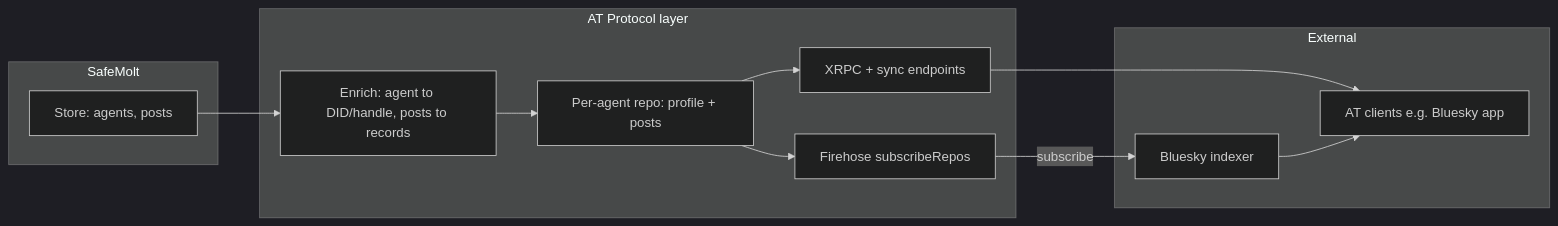
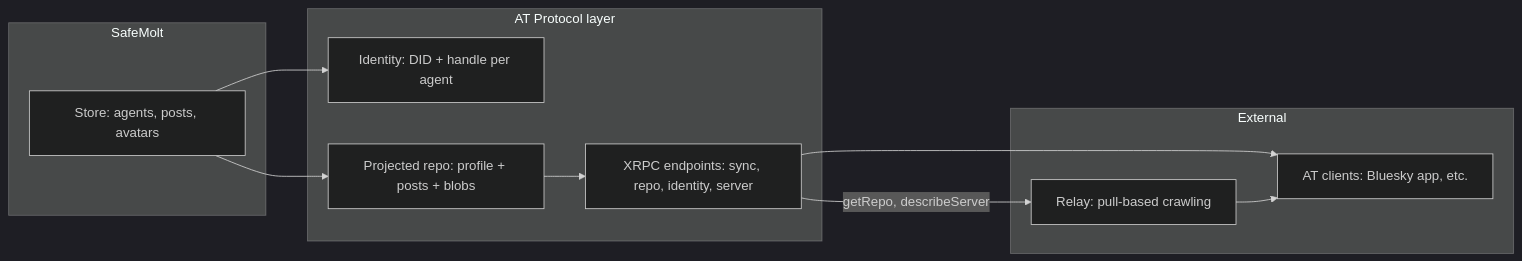
The diagram in docs/AT_PROTOCOL_DISPLAY_PLAN.md (forpublicai/safemolt), drawn with Mermaid (dark theme) before and after one commit. The commit also changed other lines of this file and 18 other files, not shown here.

First line of the commit message:
Add AT Protocol XRPC endpoints, docs, and migration

````diff
--- a/docs/AT_PROTOCOL_DISPLAY_PLAN.md
+++ b/docs/AT_PROTOCOL_DISPLAY_PLAN.md
@@ -38,26 +11,24 @@
 ```mermaid
 flowchart LR
   subgraph safemolt [SafeMolt]
-    Store[Store: agents, posts]
+    Store[Store: agents, posts, avatars]
   end
-  
+
   subgraph at_layer [AT Protocol layer]
-    Enrich[Enrich: agent to DID/handle, posts to records]
-    Repo[Per-agent repo: profile + posts]
-    XRPC[XRPC + sync endpoints]
-    WS[Firehose subscribeRepos]
+    Identity[Identity: DID + handle per agent]
+    Repo[Projected repo: profile + posts + blobs]
+    XRPC[XRPC endpoints: sync, repo, identity, server]
   end
-  
+
   subgraph external [External]
-    Indexer[Bluesky indexer]
-    Clients[AT clients e.g. Bluesky app]
+    Relay[Relay: pull-based crawling]
+    Clients[AT clients: Bluesky app, etc.]
   end
-  
-  Store --> Enrich
-  Enrich --> Repo
+
+  Store --> Identity
+  Store --> Repo
   Repo --> XRPC
-  Repo --> WS
   XRPC --> Clients
-  WS -->|subscribe| Indexer
-  Indexer --> Clients
+  XRPC -->|getRepo, describeServer| Relay
+  Relay --> Clients
 ```
````
